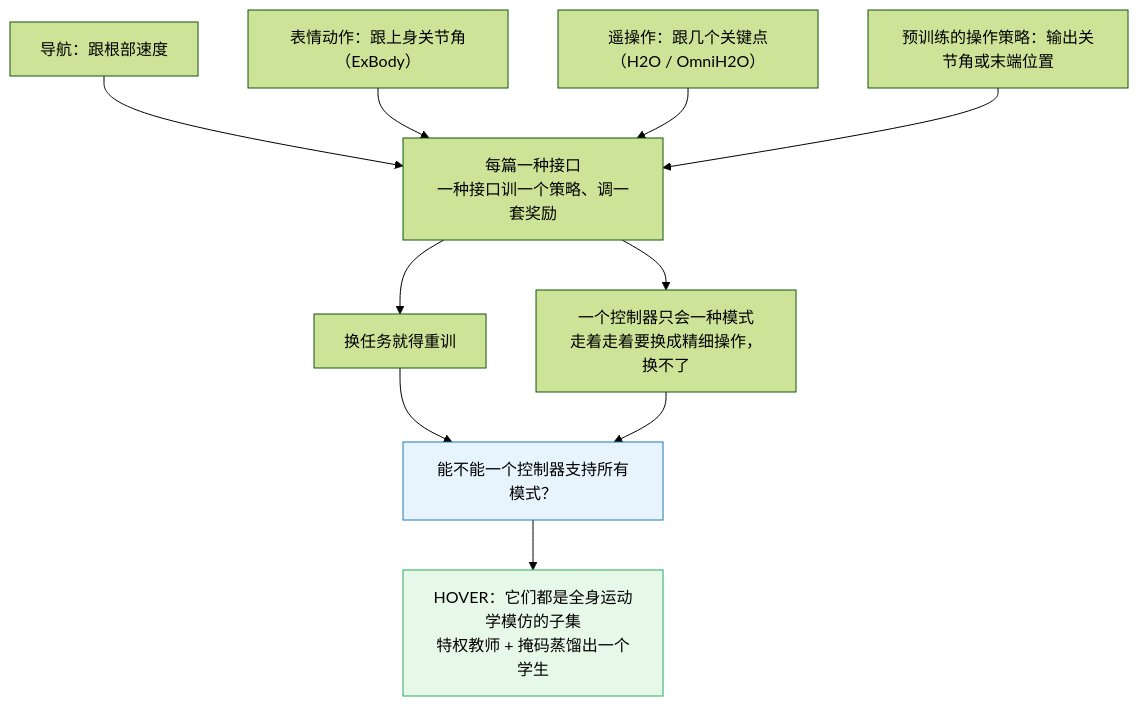
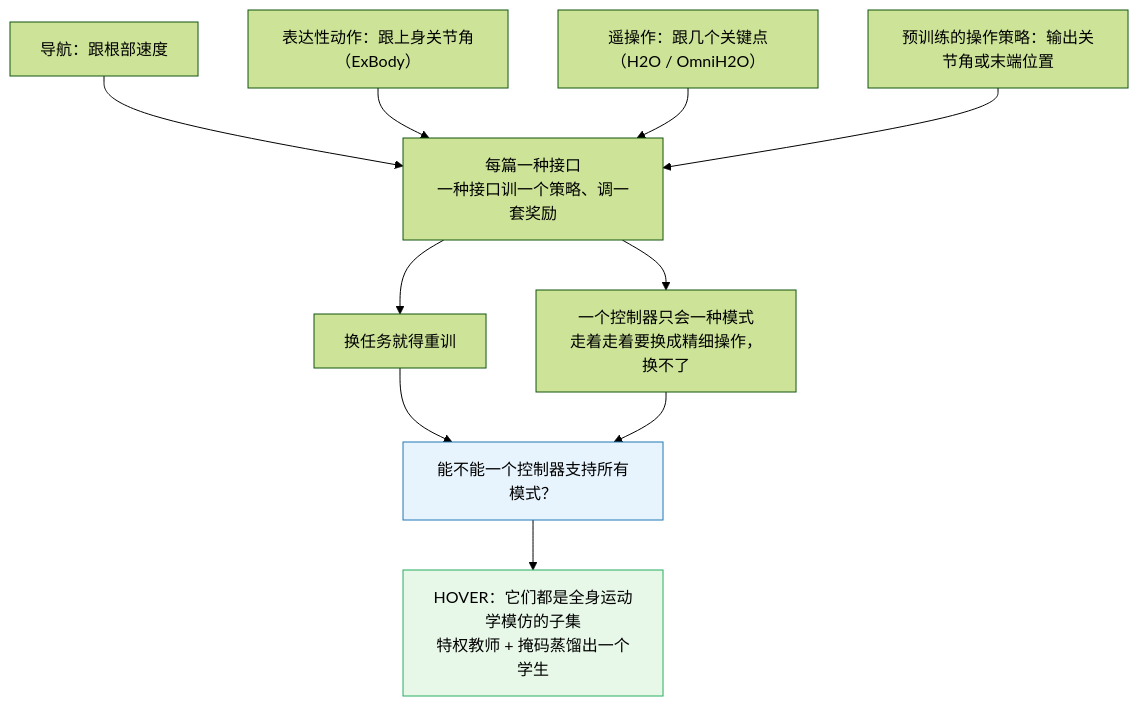
Before and after one commit to ImChong/Robot_Learning_Paper_Notebooks: the first of 2 diagrams in papers/03_High_Impact_Selection/HOVER_Versatile_Neural_Whole-Body_Controller/HOVER_Versatile_Neural_Whole-Body_Controller.md, drawn with Mermaid (forest theme). The commit also changed other lines of this file and 3 other files, not shown here.

```diff
--- a/papers/03_High_Impact_Selection/HOVER_Versatile_Neural_Whole-Body_Controller/HOVER_Versatile_Neural_Whole-Body_Controller.md
+++ b/papers/03_High_Impact_Selection/HOVER_Versatile_Neural_Whole-Body_Controller/HOVER_Versatile_Neural_Whole-Body_Controller.md
@@ -89,15 +89,15 @@
 <div class="mermaid">
 flowchart TB
     T1["导航：跟根部速度"] --> P["每篇一种接口<br/>一种接口训一个策略、调一套奖励"]
-    T2["表情动作：跟上身关节角（ExBody）"] --> P
+    T2["表达性动作：跟上身关节角（ExBody）"] --> P
     T3["遥操作：跟几个关键点（H2O / OmniH2O）"] --> P
     T4["预训练的操作策略：输出关节角或末端位置"] --> P
     P --> X1["换任务就得重训"]
     P --> X2["一个控制器只会一种模式<br/>走着走着要换成精细操作，换不了"]
     X1 --> Q["能不能一个控制器支持所有模式？"]
     X2 --> Q
     Q --> A["HOVER：它们都是全身运动学模仿的子集<br/>特权教师 + 掩码蒸馏出一个学生"]
 
     style Q fill:#e8f4fd,stroke:#1f78b4
     style A fill:#e8f8e8,stroke:#27ae60
 </div>
```
